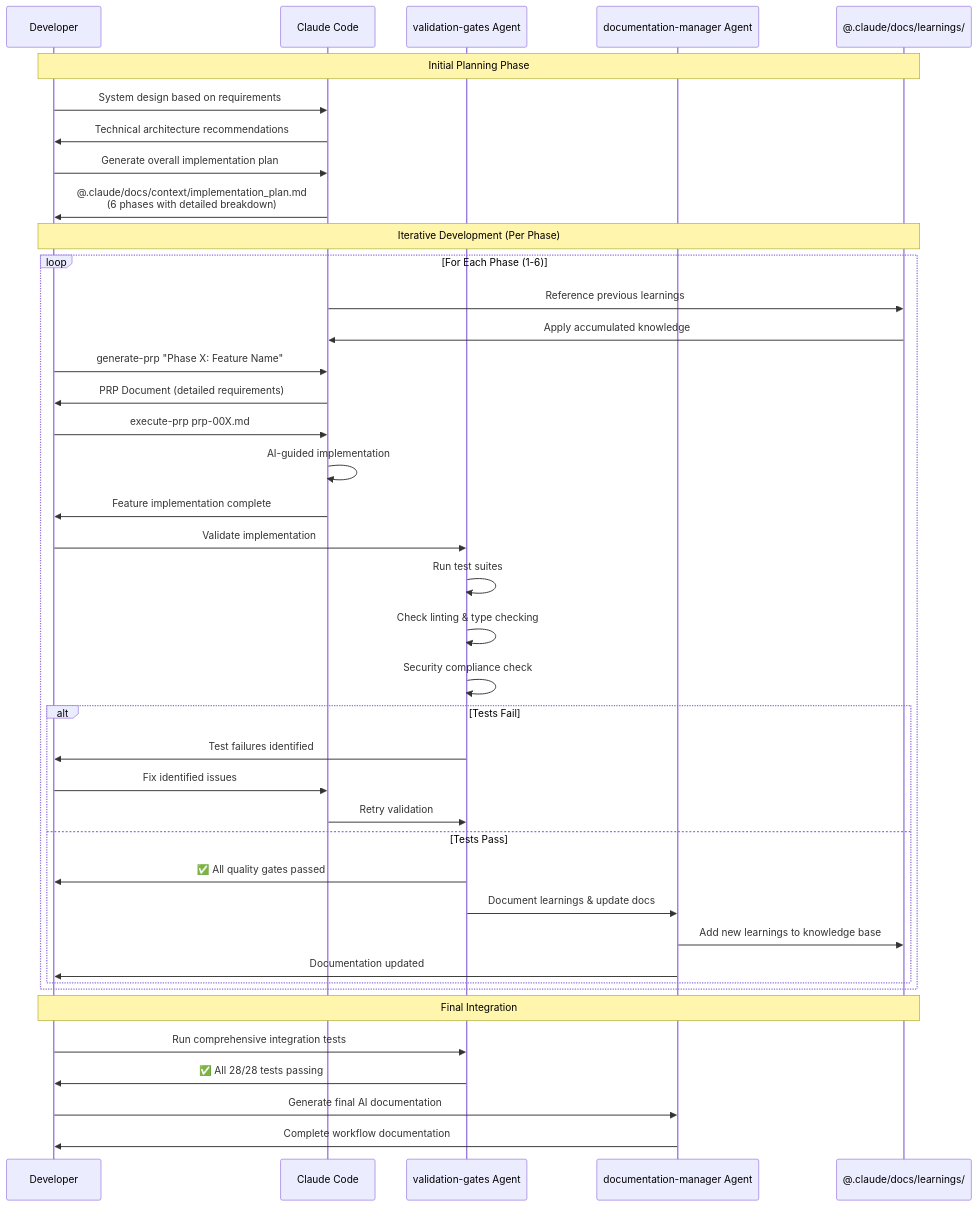
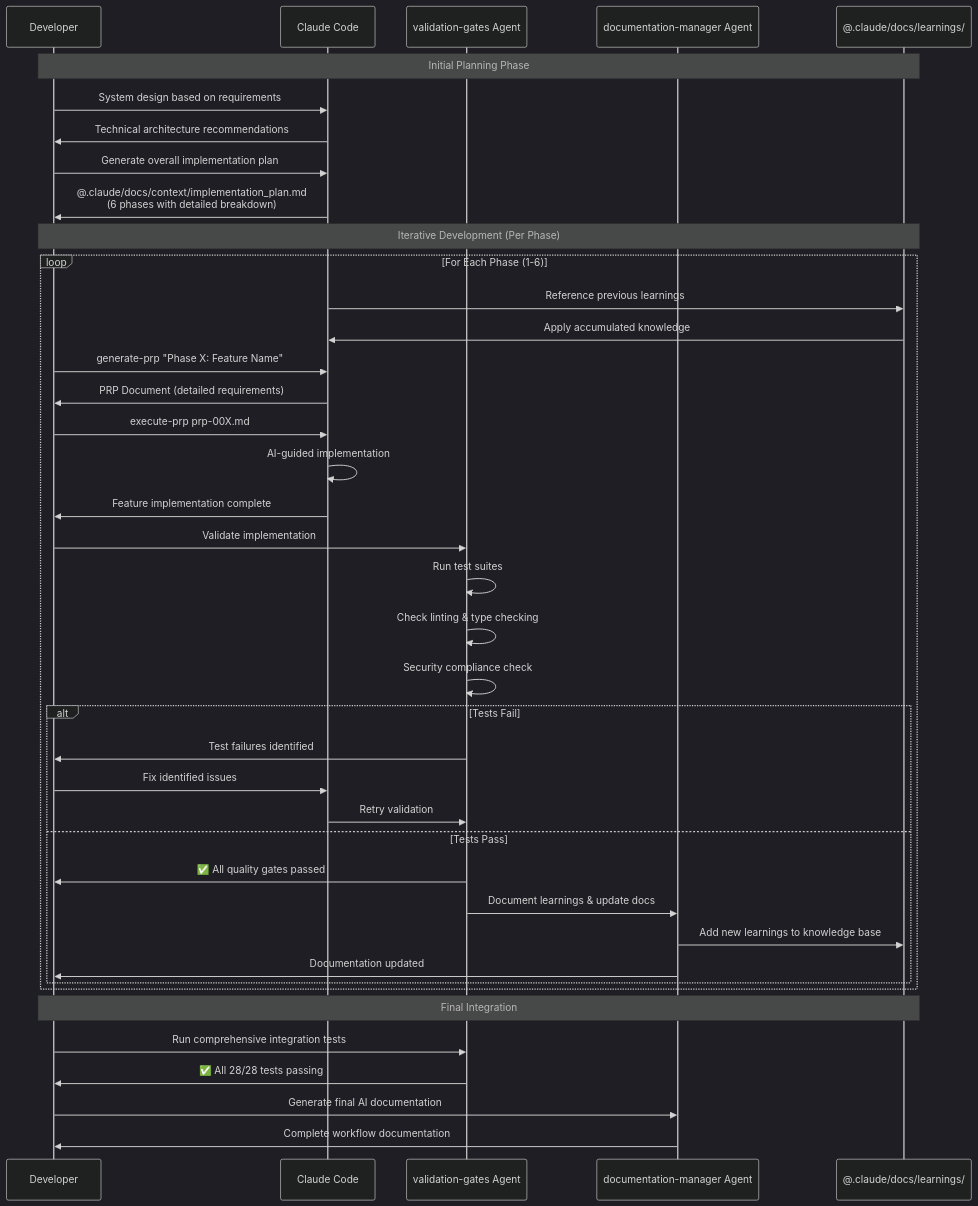
The second of 3 diagrams in docs/AI_DEVELOPMENT_DOCUMENTATION.md (shiyun-ho/report-card), drawn with Mermaid before and after one commit. The commit also changed other lines of this file, not shown here.

First line of the commit message:
Improve Mermaid diagram contrast for dark mode

````diff
--- a/docs/AI_DEVELOPMENT_DOCUMENTATION.md
+++ b/docs/AI_DEVELOPMENT_DOCUMENTATION.md
@@ -86,50 +87,51 @@
 ```mermaid
+%%{init: {'theme':'dark'}}%%
 sequenceDiagram
     participant Dev as Developer
     participant CC as Claude Code
     participant VG as validation-gates Agent
     participant DM as documentation-manager Agent
     participant L as @.claude/docs/learnings/
 
     Note over Dev,L: Initial Planning Phase
     Dev->>CC: System design based on requirements
     CC->>Dev: Technical architecture recommendations
     
     Dev->>CC: Generate overall implementation plan
     CC->>Dev: @.claude/docs/context/implementation_plan.md<br/>(6 phases with detailed breakdown)
     
     Note over Dev,L: Iterative Development (Per Phase)
     loop For Each Phase (1-6)
         CC->>L: Reference previous learnings
         L->>CC: Apply accumulated knowledge
         
         Dev->>CC: generate-prp "Phase X: Feature Name"
         CC->>Dev: PRP Document (detailed requirements)
         
         Dev->>CC: execute-prp prp-00X.md
         CC->>CC: AI-guided implementation
         CC->>Dev: Feature implementation complete
         
         Dev->>VG: Validate implementation
         VG->>VG: Run test suites
         VG->>VG: Check linting & type checking
         VG->>VG: Security compliance check
         
         alt Tests Fail
             VG->>Dev: Test failures identified
             Dev->>CC: Fix identified issues
             CC->>VG: Retry validation
         else Tests Pass
             VG->>Dev: ✅ All quality gates passed
             VG->>DM: Document learnings & update docs
             DM->>L: Add new learnings to knowledge base
             DM->>Dev: Documentation updated
         end
     end
     
     Note over Dev,L: Final Integration
     Dev->>VG: Run comprehensive integration tests
     VG->>Dev: ✅ All 28/28 tests passing
     Dev->>DM: Generate final AI documentation
     DM->>Dev: Complete workflow documentation
 ```
````
